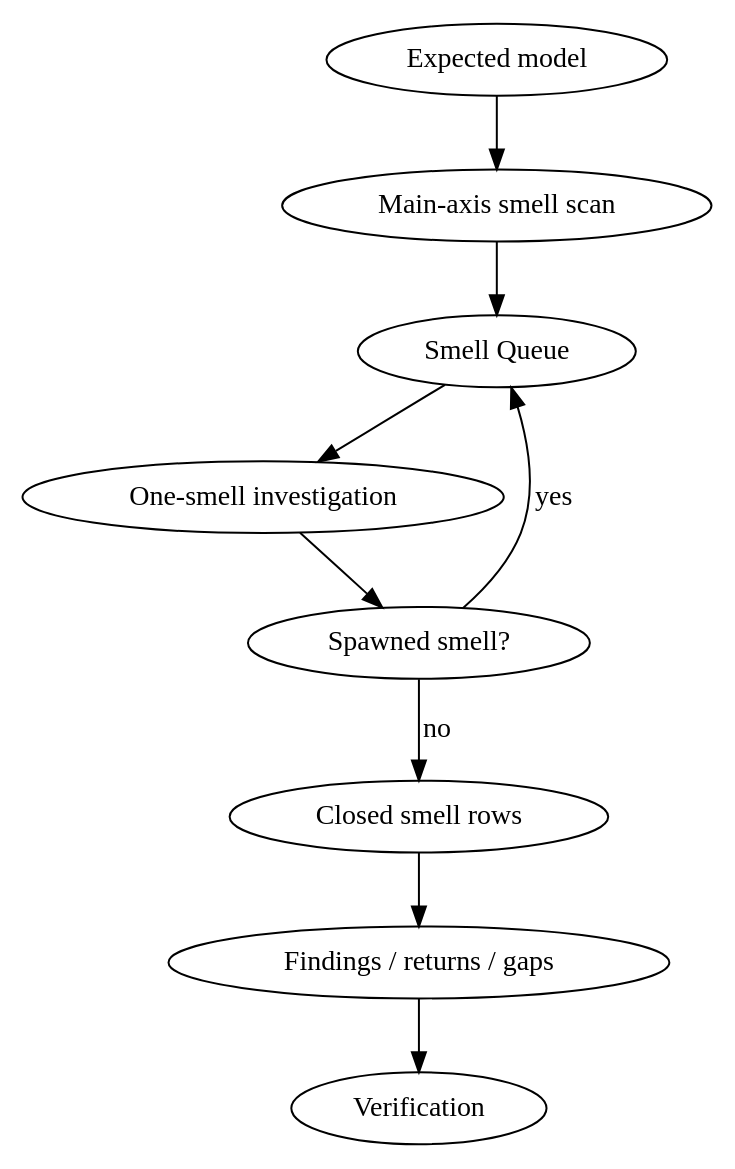
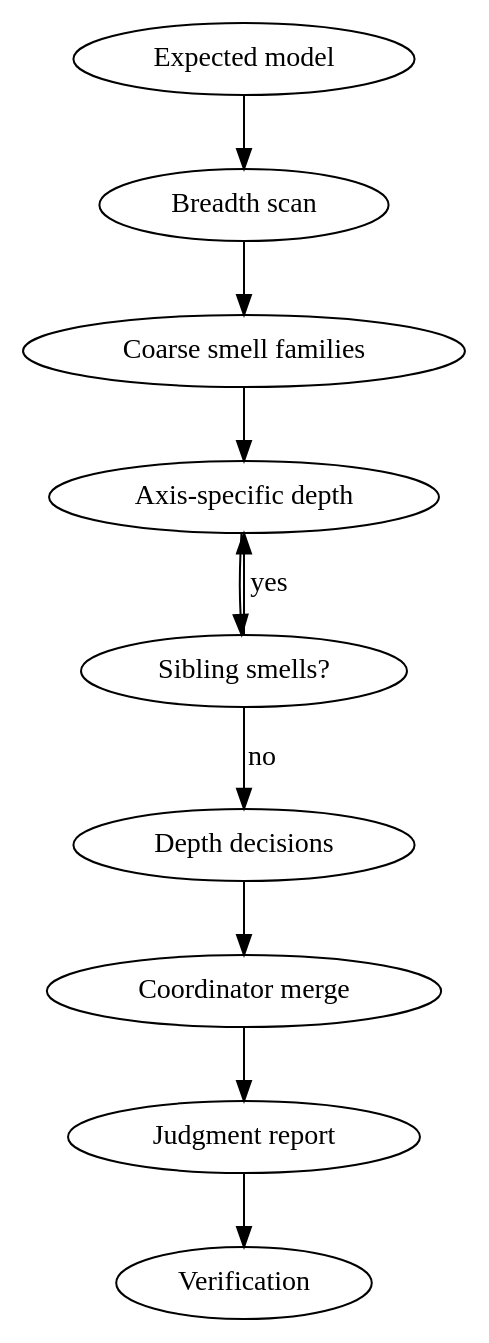
Before and after one commit to jacexh/skill-workshop: the diagram in codex-plugins/ddd-expert/skills/review/SKILL.md, drawn with Graphviz. The commit also changed other lines of this file and 4 other files, not shown here.

Commit message:
Refine ddd review breadth and depth protocol

````diff
--- a/codex-plugins/ddd-expert/skills/review/SKILL.md
+++ b/codex-plugins/ddd-expert/skills/review/SKILL.md
@@ -23,12 +23,13 @@
 ```dot
 digraph ddd_review {
-  "Expected model" -> "Main-axis smell scan";
-  "Main-axis smell scan" -> "Smell Queue";
-  "Smell Queue" -> "One-smell investigation";
-  "One-smell investigation" -> "Spawned smell?";
-  "Spawned smell?" -> "Smell Queue" [label="yes"];
-  "Spawned smell?" -> "Closed smell rows" [label="no"];
-  "Closed smell rows" -> "Findings / returns / gaps";
-  "Findings / returns / gaps" -> "Verification";
+  "Expected model" -> "Breadth scan";
+  "Breadth scan" -> "Coarse smell families";
+  "Coarse smell families" -> "Axis-specific depth";
+  "Axis-specific depth" -> "Sibling smells?";
+  "Sibling smells?" -> "Axis-specific depth" [label="yes"];
+  "Sibling smells?" -> "Depth decisions" [label="no"];
+  "Depth decisions" -> "Coordinator merge";
+  "Coordinator merge" -> "Judgment report";
+  "Judgment report" -> "Verification";
 }
 ```
````
